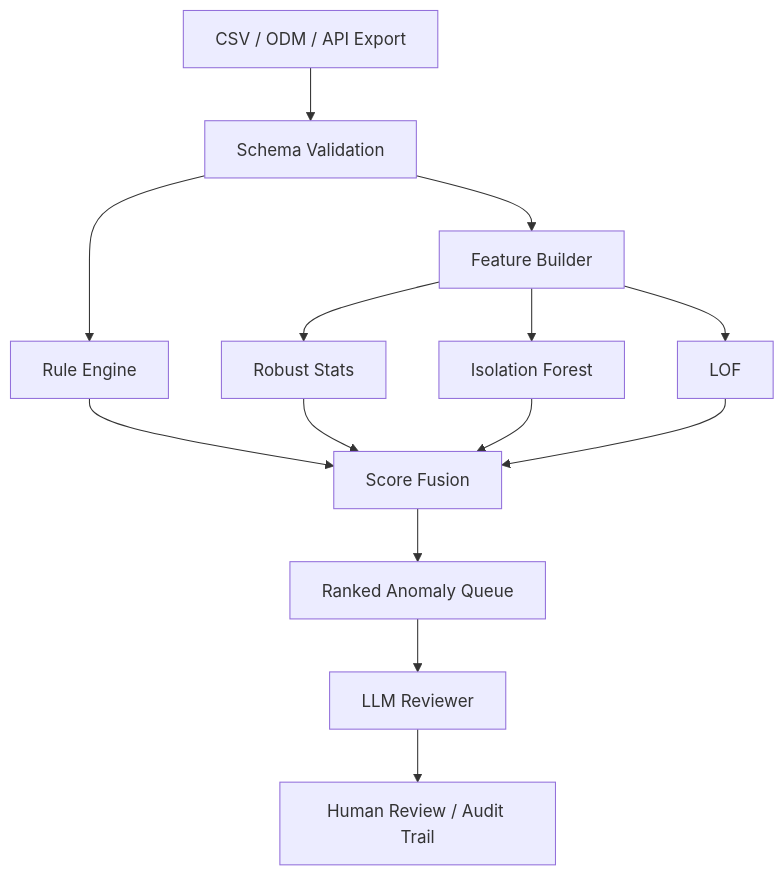
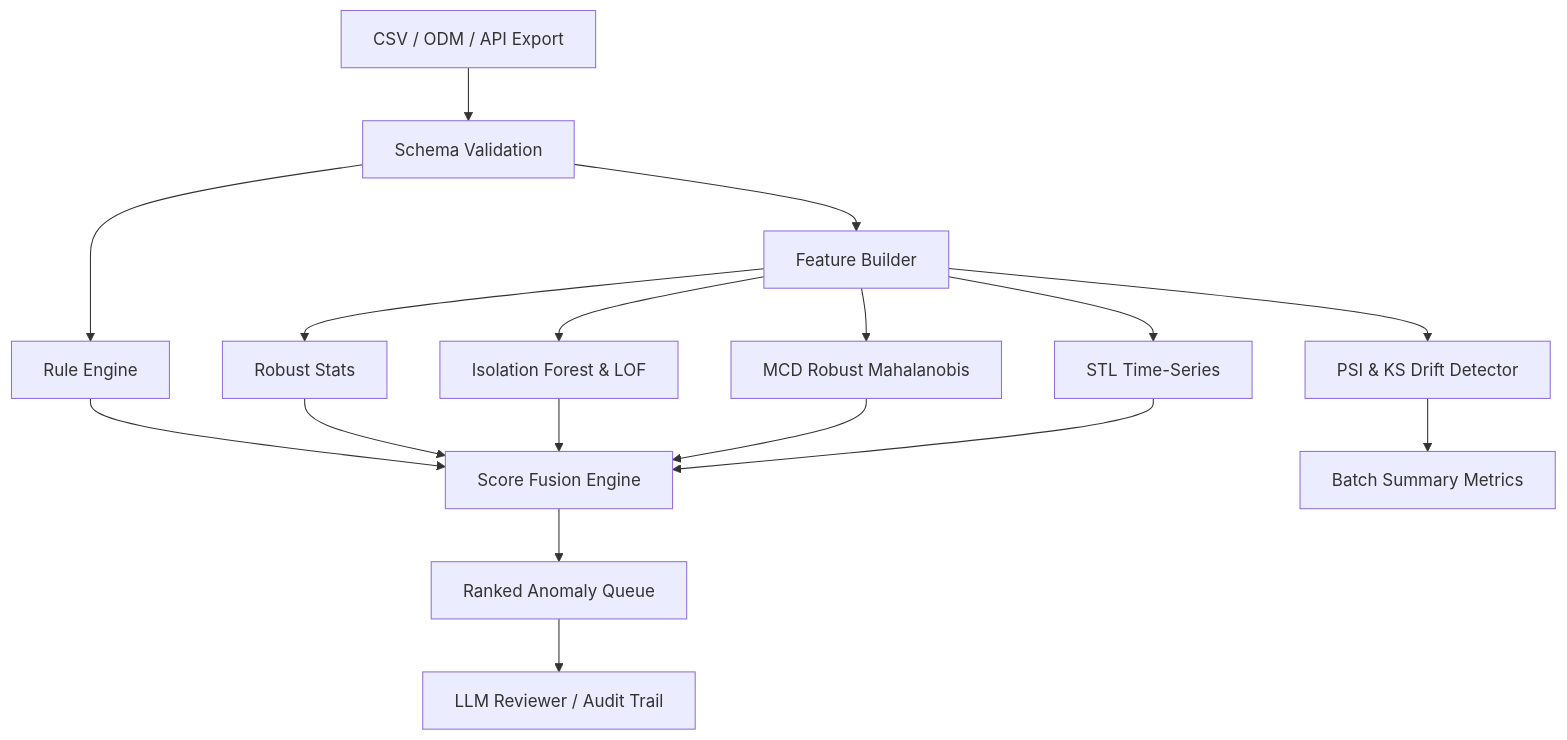
The diagram in .agent/skills/anomaly-detection/README.md (syrius2000/rwd-mysql-skill-toolkit), drawn with Mermaid before and after one commit. The commit also changed other lines of this file and 30 other files, not shown here.

First line of the commit message:
feat(anomaly-detection): uv環境移行と新検出器(MCD, STL, PSI)の追加およびScore Fusion仕様統一 (v0.2.0)

````diff
--- a/.agent/skills/anomaly-detection/README.md
+++ b/.agent/skills/anomaly-detection/README.md
@@ -16,16 +16,16 @@
 ```mermaid
 flowchart TD
     A[CSV / ODM / API Export] --> B[Schema Validation]
     B --> C[Rule Engine]
     B --> D[Feature Builder]
     D --> E[Robust Stats]
-    D --> F[Isolation Forest]
-    D --> G[LOF]
-    C --> H[Score Fusion]
-    E --> H
-    F --> H
-    G --> H
-    H --> I[Ranked Anomaly Queue]
-    I --> J[LLM Reviewer]
-    J --> K[Human Review / Audit Trail]
+    D --> F[Isolation Forest & LOF]
+    D --> G[MCD Robust Mahalanobis]
+    D --> H[STL Time-Series]
+    D --> I[PSI & KS Drift Detector]
+    C --> J[Score Fusion Engine]
+    E & F & G & H --> J
+    J --> K[Ranked Anomaly Queue]
+    I --> L[Batch Summary Metrics]
+    K --> M[LLM Reviewer / Audit Trail]
 ```
````
